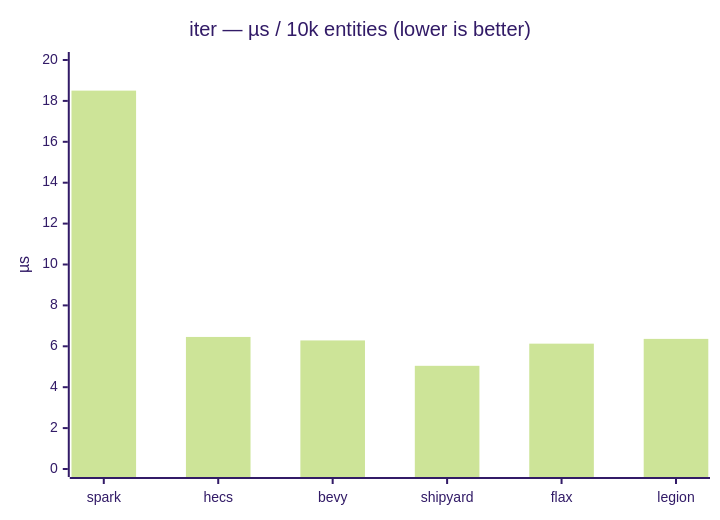
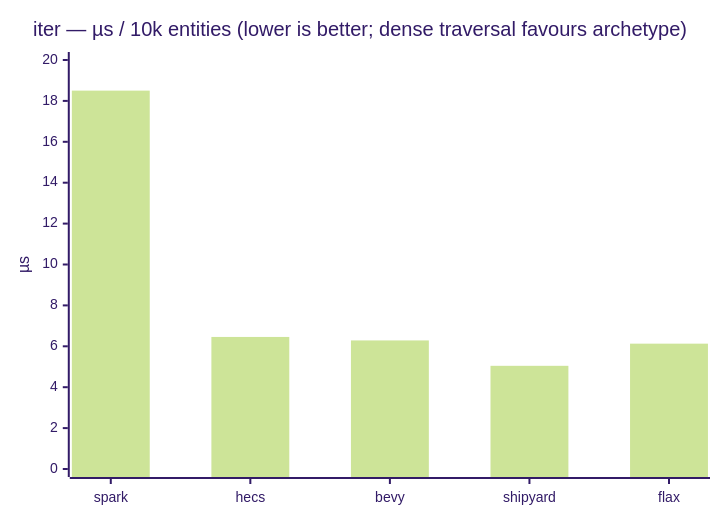
One commit to AlexTiTanium/spark changed the second of 6 diagrams in bench/spark-ecs-bench/results/2026-05-31-bbb0e5d.md. Above: the diagram before and after it, drawn with Mermaid (forest theme). The commit also changed other lines of this file and 6 other files, not shown here.

````diff
--- a/bench/spark-ecs-bench/results/2026-05-31-bbb0e5d.md
+++ b/bench/spark-ecs-bench/results/2026-05-31-bbb0e5d.md
@@ -103,7 +138,7 @@
 ```mermaid
 xychart-beta
-    title "iter — µs / 10k entities (lower is better)"
-    x-axis ["spark", "hecs", "bevy", "shipyard", "flax", "legion"]
+    title "iter — µs / 10k entities (lower is better; dense traversal favours archetype)"
+    x-axis ["spark", "hecs", "bevy", "shipyard", "flax"]
     y-axis "µs" 0 --> 20
-    bar [18.503, 6.4576, 6.2871, 5.0457, 6.1293, 6.3623]
+    bar [18.503, 6.4576, 6.2871, 5.0457, 6.1293]
 ```
````
